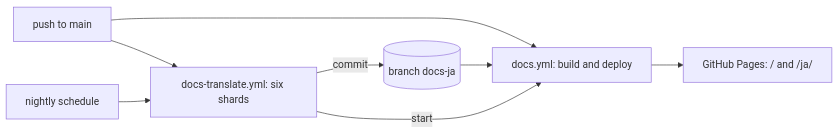
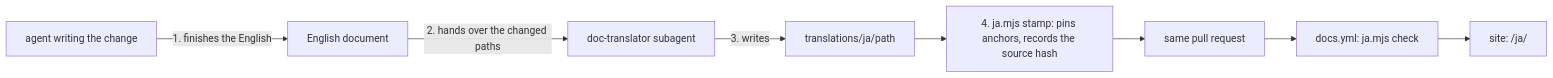
Before and after one commit to syudead/vv: the diagram in docs/design-docs/japanese-translation.md, drawn with Mermaid. The commit also changed other lines of this file and 33 other files, not shown here.

First line of the commit message:
Translate documents with a doc-translator subagent into translations/ja

````diff
--- a/docs/design-docs/japanese-translation.md
+++ b/docs/design-docs/japanese-translation.md
@@ -10,10 +9,10 @@
 ```mermaid
 flowchart LR
-  push[push to main] --> docs[docs.yml: build and deploy]
-  ja[(branch docs-ja)] --> docs
-  push --> tr[docs-translate.yml: six shards]
-  nightly[nightly schedule] --> tr
-  tr -->|commit| ja
-  tr -->|start| docs
-  docs --> pages[GitHub Pages: / and /ja/]
+  author[agent writing the change] -->|1. finishes the English| en[English document]
+  en -->|2. hands over the changed paths| tr[doc-translator subagent]
+  tr -->|3. writes| ja[translations/ja/path]
+  ja --> stamp[4. ja.mjs stamp: pins anchors, records the source hash]
+  stamp --> pr[same pull request]
+  pr --> check[docs.yml: ja.mjs check]
+  check --> site[site: /ja/]
 ```
````
